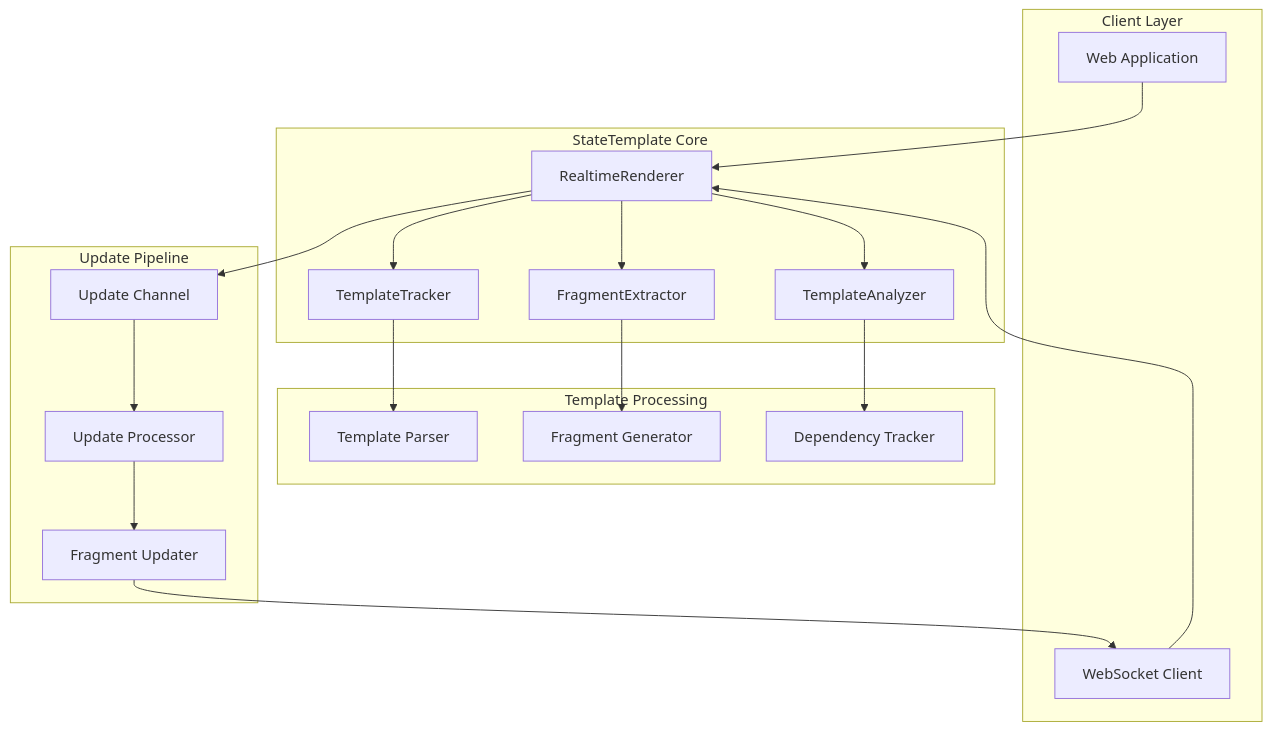
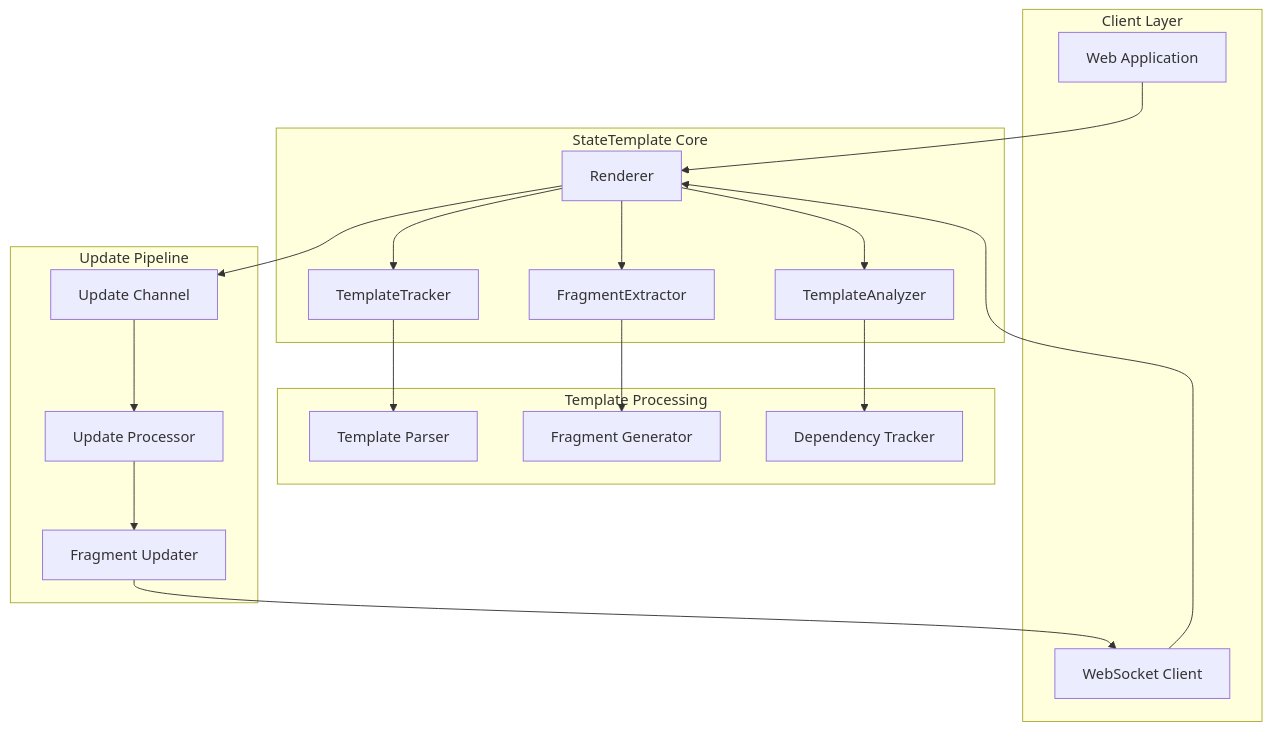
The first of 6 diagrams in docs/ARCHITECTURE.md (livetemplate/livetemplate), drawn with Mermaid before and after one commit. The commit also changed other lines of this file and 14 other files, not shown here.

````diff
--- a/docs/ARCHITECTURE.md
+++ b/docs/ARCHITECTURE.md
@@ -11,39 +11,39 @@
 ```mermaid
 graph TB
     subgraph "Client Layer"
         WEB[Web Application]
         WS[WebSocket Client]
     end
 
     subgraph "StateTemplate Core"
-        RT[RealtimeRenderer]
+        RT[Renderer]
         TT[TemplateTracker]
         FE[FragmentExtractor]
         TA[TemplateAnalyzer]
     end
 
     subgraph "Template Processing"
         TP[Template Parser]
         FG[Fragment Generator]
         DT[Dependency Tracker]
     end
 
     subgraph "Update Pipeline"
         UC[Update Channel]
         UP[Update Processor]
         FU[Fragment Updater]
     end
 
     WEB --> RT
     WS --> RT
     RT --> TT
     RT --> FE
     RT --> TA
     TT --> TP
     FE --> FG
     TA --> DT
     RT --> UC
     UC --> UP
     UP --> FU
     FU --> WS
 ```
````
